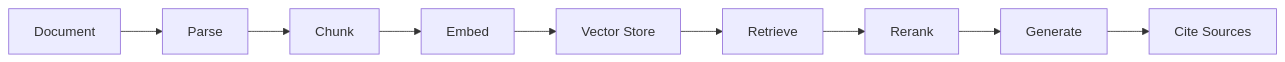
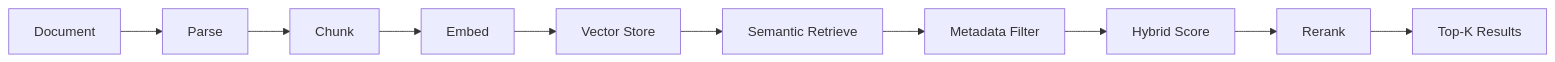
Before and after one commit to lzhang95118/rag-knowledge-system: the diagram in README.md, drawn with Mermaid. The commit also changed other lines of this file and 9 other files, not shown here.

````diff
--- a/README.md
+++ b/README.md
@@ -43,11 +55,12 @@
 ```mermaid
 flowchart LR
     A[Document] --> B[Parse]
     B --> C[Chunk]
     C --> D[Embed]
     D --> E[Vector Store]
-    E --> F[Retrieve]
-    F --> G[Rerank]
-    G --> H[Generate]
-    H --> I[Cite Sources]
+    E --> F[Semantic Retrieve]
+    F --> G[Metadata Filter]
+    G --> H[Hybrid Score]
+    H --> I[Rerank]
+    I --> J[Top-K Results]
 ```
````
